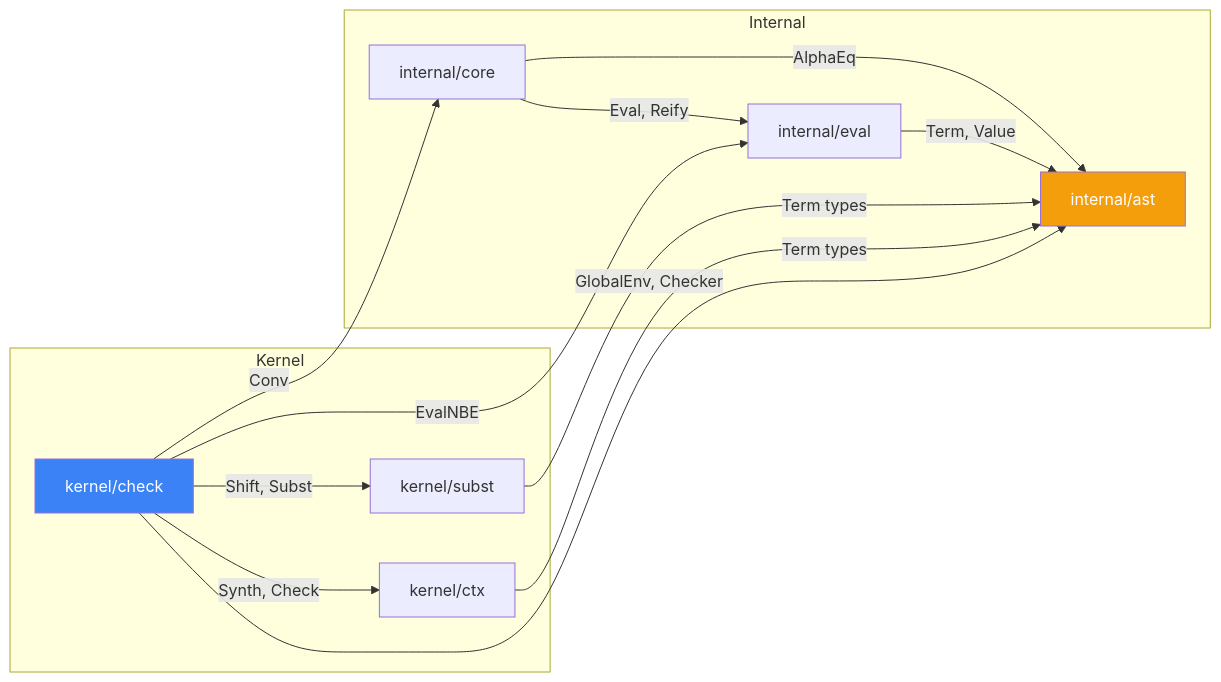
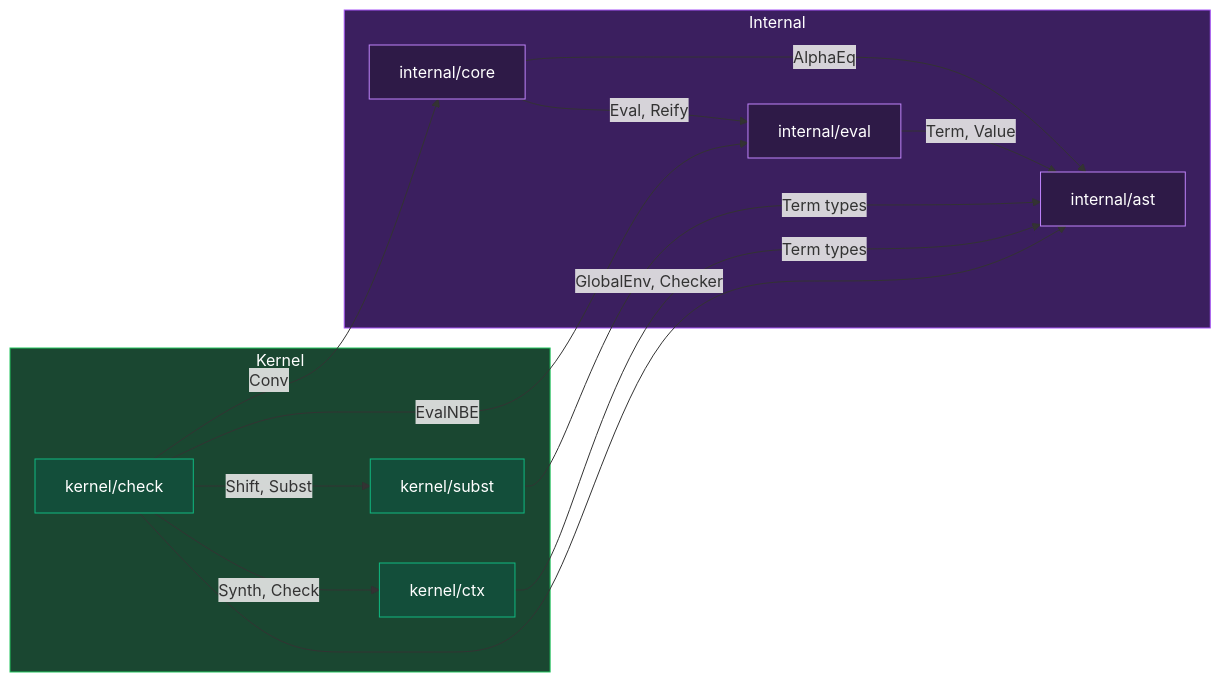
One commit to watchthelight/HypergraphGo changed the third of 23 diagrams in DIAGRAMS.md. Above: the diagram before and after it, drawn with Mermaid. The commit also changed other lines of this file, not shown here.

First line of the commit message:
docs(diagrams): add master architecture diagram with dark theme

````diff
--- a/DIAGRAMS.md
+++ b/DIAGRAMS.md
@@ -71,31 +518,37 @@
 ```mermaid
 flowchart LR
     subgraph Kernel
         check[kernel/check]
         ctx[kernel/ctx]
         subst[kernel/subst]
     end
 
     subgraph Internal
         ast[internal/ast]
         eval[internal/eval]
         core[internal/core]
     end
 
     check -->|GlobalEnv, Checker| ast
     check -->|Synth, Check| ctx
     check -->|Shift, Subst| subst
     check -->|EvalNBE| eval
     check -->|Conv| core
 
     ctx -->|Term types| ast
     subst -->|Term types| ast
 
     core -->|Eval, Reify| eval
     core -->|AlphaEq| ast
 
     eval -->|Term, Value| ast
 
-    style check fill:#3b82f6,color:#fff
-    style ast fill:#f59e0b,color:#fff
+    style Kernel fill:#1a4731,stroke:#22c55e,color:#fff
+    style Internal fill:#3b1f5f,stroke:#a855f7,color:#fff
+    style check fill:#134e3a,stroke:#10b981,color:#fff
+    style ctx fill:#134e3a,stroke:#10b981,color:#fff
+    style subst fill:#134e3a,stroke:#10b981,color:#fff
+    style ast fill:#2e1a47,stroke:#c084fc,color:#fff
+    style eval fill:#2e1a47,stroke:#c084fc,color:#fff
+    style core fill:#2e1a47,stroke:#c084fc,color:#fff
 ```
````
